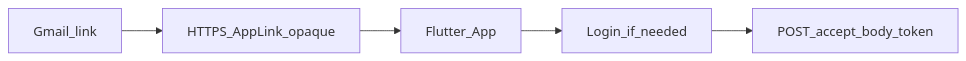
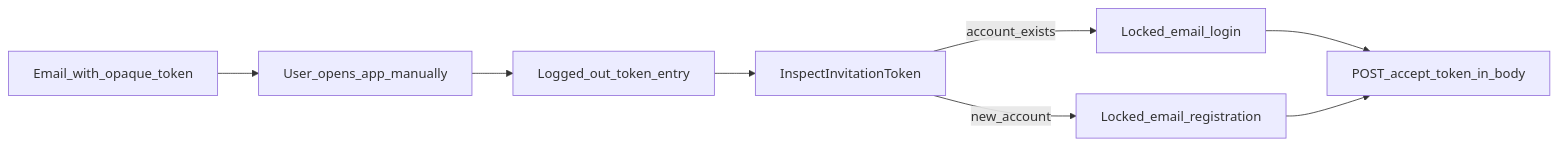
One commit to DsChien102/erp-sales-inventory changed the second of 2 diagrams in docs/themes/TH-01-organization-users/harness/03-architecture-and-flows.md. Above: the diagram before and after it, drawn with Mermaid. The commit also changed other lines of this file and 22 other files, not shown here.

````diff
--- a/docs/themes/TH-01-organization-users/harness/03-architecture-and-flows.md
+++ b/docs/themes/TH-01-organization-users/harness/03-architecture-and-flows.md
@@ -66,7 +83,10 @@
 ```mermaid
 flowchart LR
-  Gmail[Gmail_link] --> HTTPS[HTTPS_AppLink_opaque]
-  HTTPS --> App[Flutter_App]
-  App --> Auth[Login_if_needed]
-  Auth --> API["POST_accept_body_token"]
+  Mail[Email_with_opaque_token] --> Open[User_opens_app_manually]
+  Open --> Entry[Logged_out_token_entry]
+  Entry --> Inspect[InspectInvitationToken]
+  Inspect -->|account_exists| Login[Locked_email_login]
+  Inspect -->|new_account| Register[Locked_email_registration]
+  Login --> Accept["POST_accept_token_in_body"]
+  Register --> Accept
 ```
````
